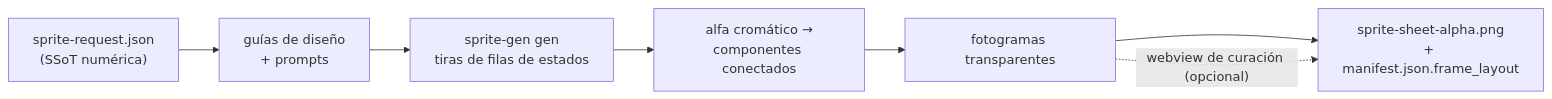
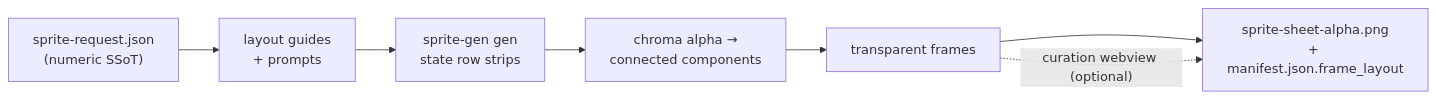
Before and after one commit to aldegad/sprite-gen: the diagram in README.es.md, drawn with Mermaid. The commit also changed other lines of this file and 4 other files, not shown here.

````diff
--- a/README.es.md
+++ b/README.es.md
@@ -35,9 +35,9 @@
 ```mermaid
 flowchart LR
-    REQ["sprite-request.json<br/>(SSoT numérica)"] --> GUIDES["guías de diseño<br/>+ prompts"]
-    GUIDES --> GEN["sprite-gen gen<br/>tiras de filas de estados"]
-    GEN --> EXTRACT["alfa cromático →<br/>componentes conectados"]
-    EXTRACT --> FRAMES["fotogramas transparentes"]
+    REQ["sprite-request.json<br/>(numeric SSoT)"] --> GUIDES["layout guides<br/>+ prompts"]
+    GUIDES --> GEN["sprite-gen gen<br/>state row strips"]
+    GEN --> EXTRACT["chroma alpha →<br/>connected components"]
+    EXTRACT --> FRAMES["transparent frames"]
     FRAMES --> ATLAS["sprite-sheet-alpha.png<br/>+ manifest.json.frame_layout"]
-    FRAMES -. "webview de curación (opcional)" .-> ATLAS
+    FRAMES -. "curation webview (optional)" .-> ATLAS
 ```
````
